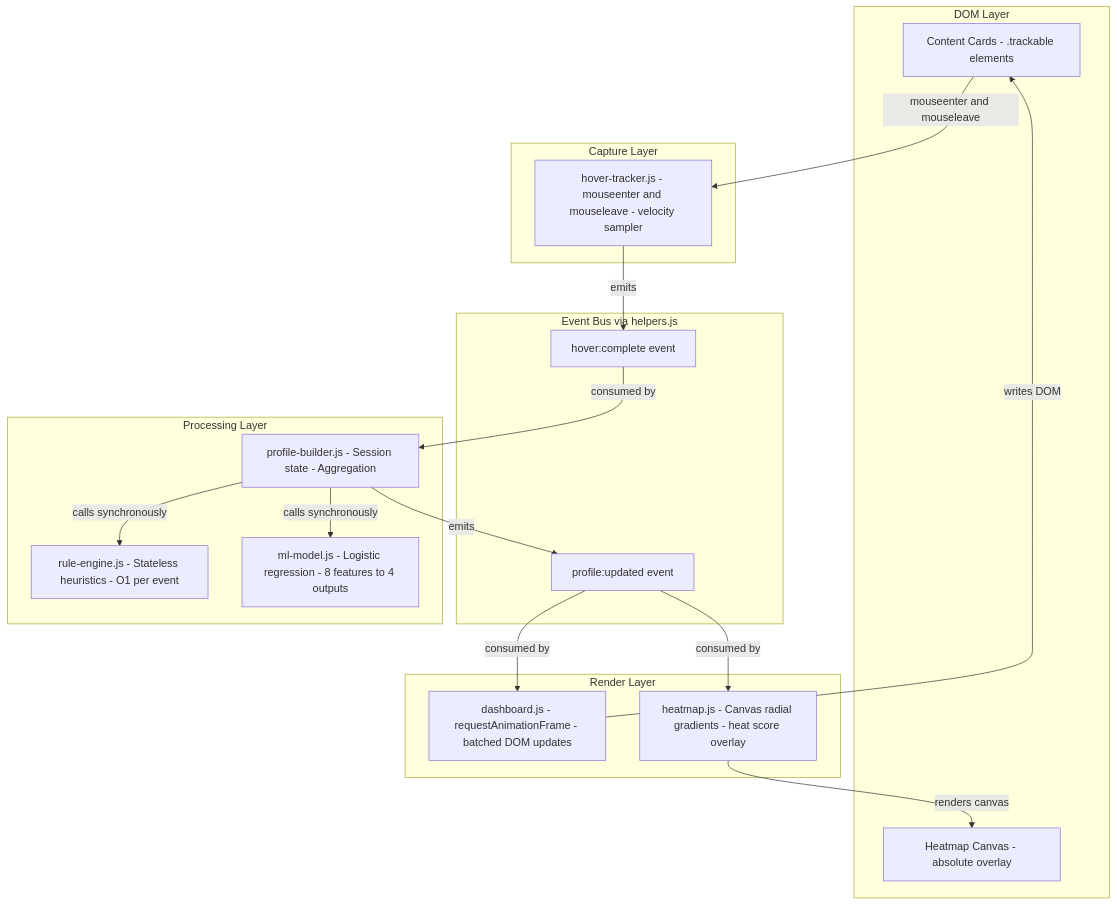
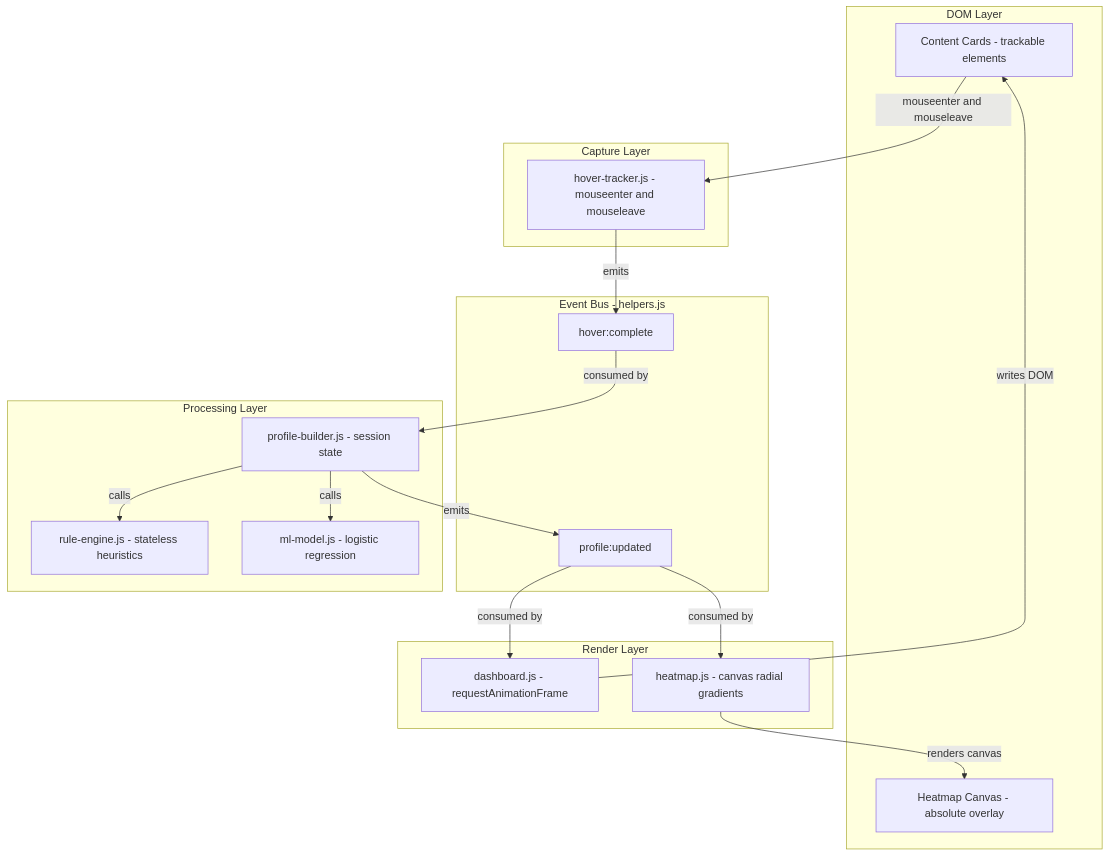
The second of 6 diagrams in README.md (hkevin01/HoverSense), drawn with Mermaid before and after one commit. The commit also changed other lines of this file, not shown here.

Commit message:
Refactor diagrams in README for clarity and consistency

````diff
--- a/README.md
+++ b/README.md
@@ -152,33 +152,33 @@
 ```mermaid
 graph TB
-    subgraph DOM_Layer ["DOM Layer"]
-        Cards[Content Cards - .trackable elements]
+    subgraph DOM_Layer[DOM Layer]
+        Cards[Content Cards - trackable elements]
         Canvas[Heatmap Canvas - absolute overlay]
     end
-    subgraph Capture_Layer ["Capture Layer"]
-        HT[hover-tracker.js - mouseenter and mouseleave - velocity sampler]
+    subgraph Capture_Layer[Capture Layer]
+        HT[hover-tracker.js - mouseenter and mouseleave]
     end
-    subgraph Event_Bus ["Event Bus via helpers.js"]
-        E1[hover:complete event]
-        E2[profile:updated event]
+    subgraph Event_Bus[Event Bus - helpers.js]
+        E1[hover:complete]
+        E2[profile:updated]
     end
-    subgraph Processing_Layer ["Processing Layer"]
-        RE[rule-engine.js - Stateless heuristics - O1 per event]
-        ML[ml-model.js - Logistic regression - 8 features to 4 outputs]
-        PB[profile-builder.js - Session state - Aggregation]
+    subgraph Processing_Layer[Processing Layer]
+        RE[rule-engine.js - stateless heuristics]
+        ML[ml-model.js - logistic regression]
+        PB[profile-builder.js - session state]
     end
-    subgraph Render_Layer ["Render Layer"]
-        DB[dashboard.js - requestAnimationFrame - batched DOM updates]
-        HM[heatmap.js - Canvas radial gradients - heat score overlay]
+    subgraph Render_Layer[Render Layer]
+        DB[dashboard.js - requestAnimationFrame]
+        HM[heatmap.js - canvas radial gradients]
     end
     Cards -->|mouseenter and mouseleave| HT
     HT -->|emits| E1
     E1 -->|consumed by| PB
-    PB -->|calls synchronously| RE
-    PB -->|calls synchronously| ML
+    PB -->|calls| RE
+    PB -->|calls| ML
     PB -->|emits| E2
     E2 -->|consumed by| DB
     E2 -->|consumed by| HM
     DB -->|writes DOM| Cards
     HM -->|renders canvas| Canvas
 ```
````
